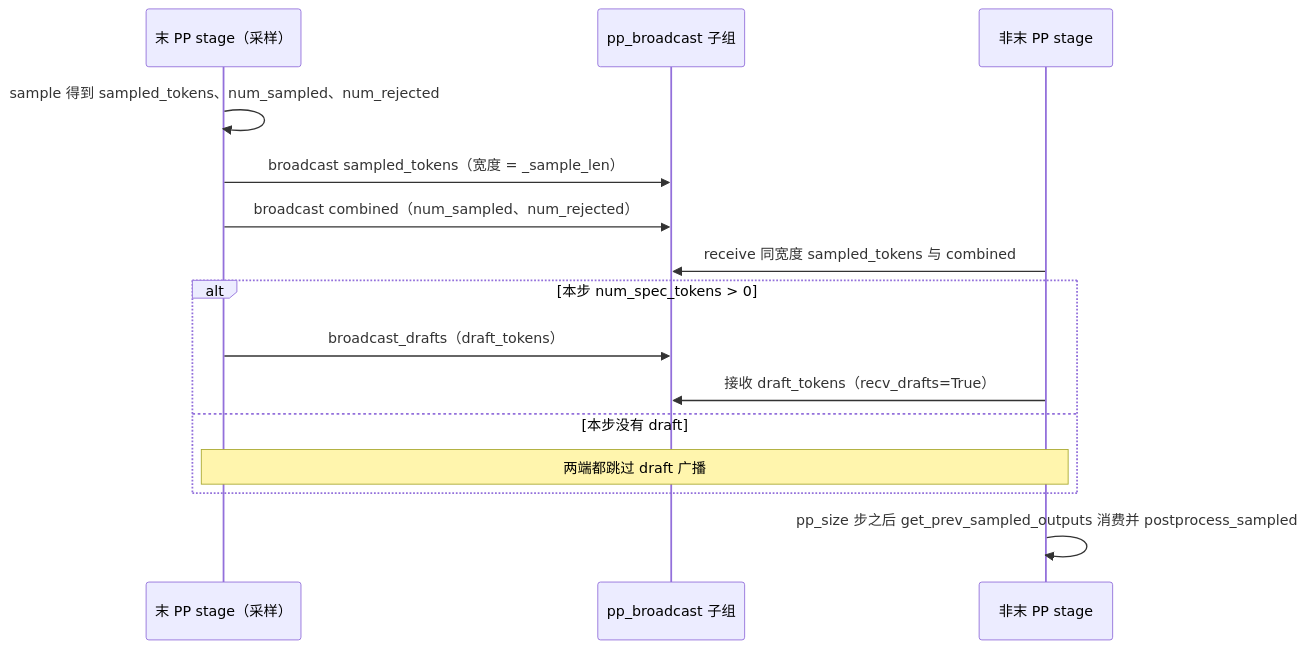
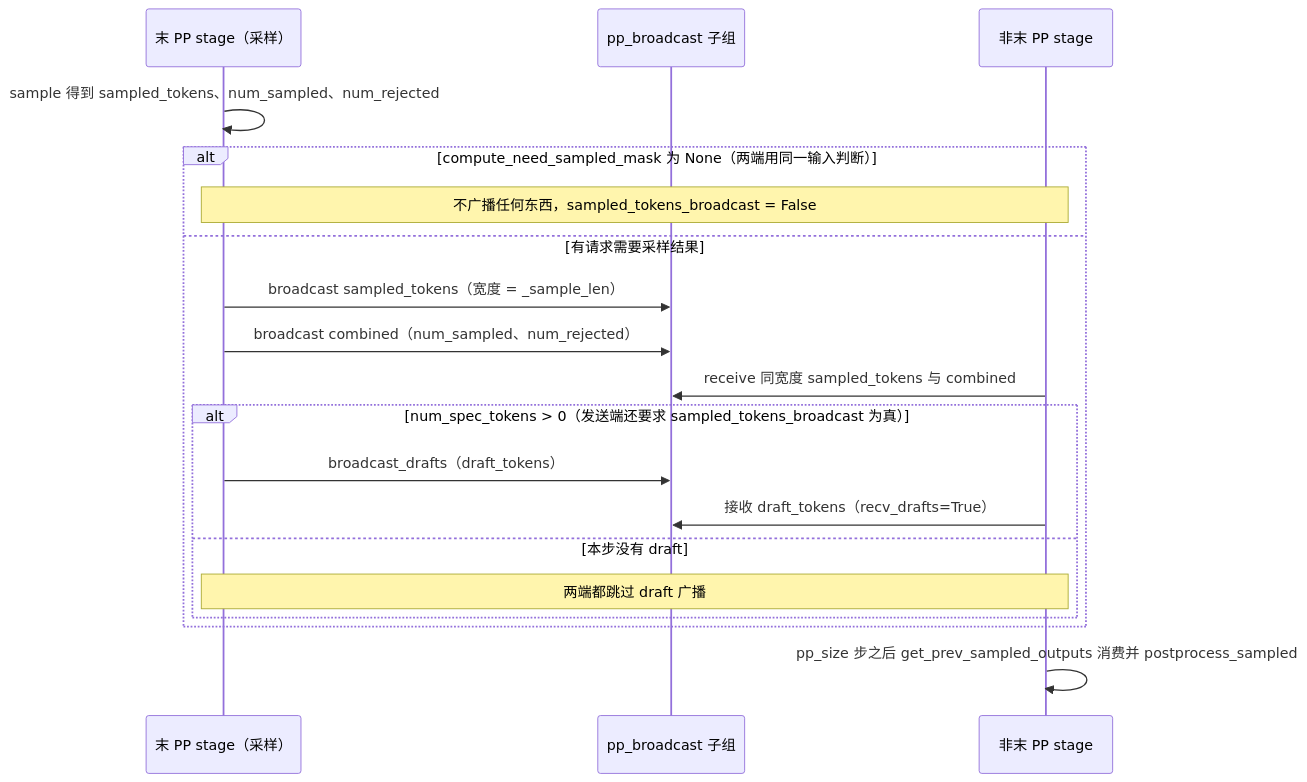
One commit to cluster1900/vllm_reader changed diagram 12 of 32 in book/09-distributed/README.md. Above: the diagram before and after it, drawn with Mermaid. The commit also changed other lines of this file and 1 other file, not shown here.

````diff
--- a/book/09-distributed/README.md
+++ b/book/09-distributed/README.md
@@ -721,17 +726,21 @@
 ```mermaid
 sequenceDiagram
     participant L as 末 PP stage（采样）
     participant G as pp_broadcast 子组
     participant F as 非末 PP stage
     L->>L: sample 得到 sampled_tokens、num_sampled、num_rejected
-    L->>G: broadcast sampled_tokens（宽度 = _sample_len）
-    L->>G: broadcast combined（num_sampled、num_rejected）
-    F->>G: receive 同宽度 sampled_tokens 与 combined
-    alt 本步 num_spec_tokens > 0
-        L->>G: broadcast_drafts（draft_tokens）
-        F->>G: 接收 draft_tokens（recv_drafts=True）
-    else 本步没有 draft
-        Note over L,F: 两端都跳过 draft 广播
+    alt compute_need_sampled_mask 为 None（两端用同一输入判断）
+        Note over L,F: 不广播任何东西，sampled_tokens_broadcast = False
+    else 有请求需要采样结果
+        L->>G: broadcast sampled_tokens（宽度 = _sample_len）
+        L->>G: broadcast combined（num_sampled、num_rejected）
+        F->>G: receive 同宽度 sampled_tokens 与 combined
+        alt num_spec_tokens > 0（发送端还要求 sampled_tokens_broadcast 为真）
+            L->>G: broadcast_drafts（draft_tokens）
+            F->>G: 接收 draft_tokens（recv_drafts=True）
+        else 本步没有 draft
+            Note over L,F: 两端都跳过 draft 广播
+        end
     end
     F->>F: pp_size 步之后 get_prev_sampled_outputs 消费并 postprocess_sampled
 ```
````
